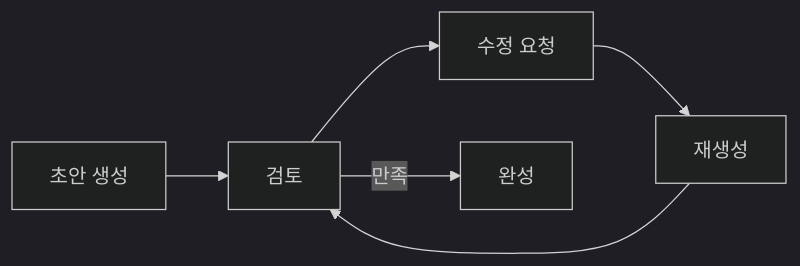
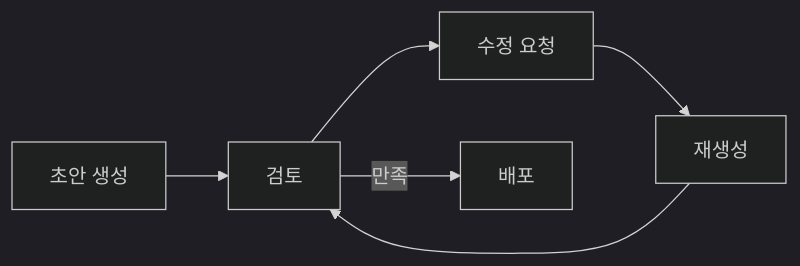
The third of 4 diagrams in _md/essentials-vibecoding/chapter01/01-5.md (nugurejeil/weniVooks), drawn with Mermaid (dark theme) before and after one commit. The commit also changed other lines of this file, not shown here.

````diff
--- a/_md/essentials-vibecoding/chapter01/01-5.md
+++ b/_md/essentials-vibecoding/chapter01/01-5.md
@@ -73,8 +74,8 @@
 ```mermaid
 flowchart LR
     A["초안 생성"] --> B["검토"]
     B --> C["수정 요청"]
     C --> D["재생성"]
     D --> B
-    B -->|"만족"| E["완성"]
+    B -->|"만족"| E["배포"]
 ```
````
